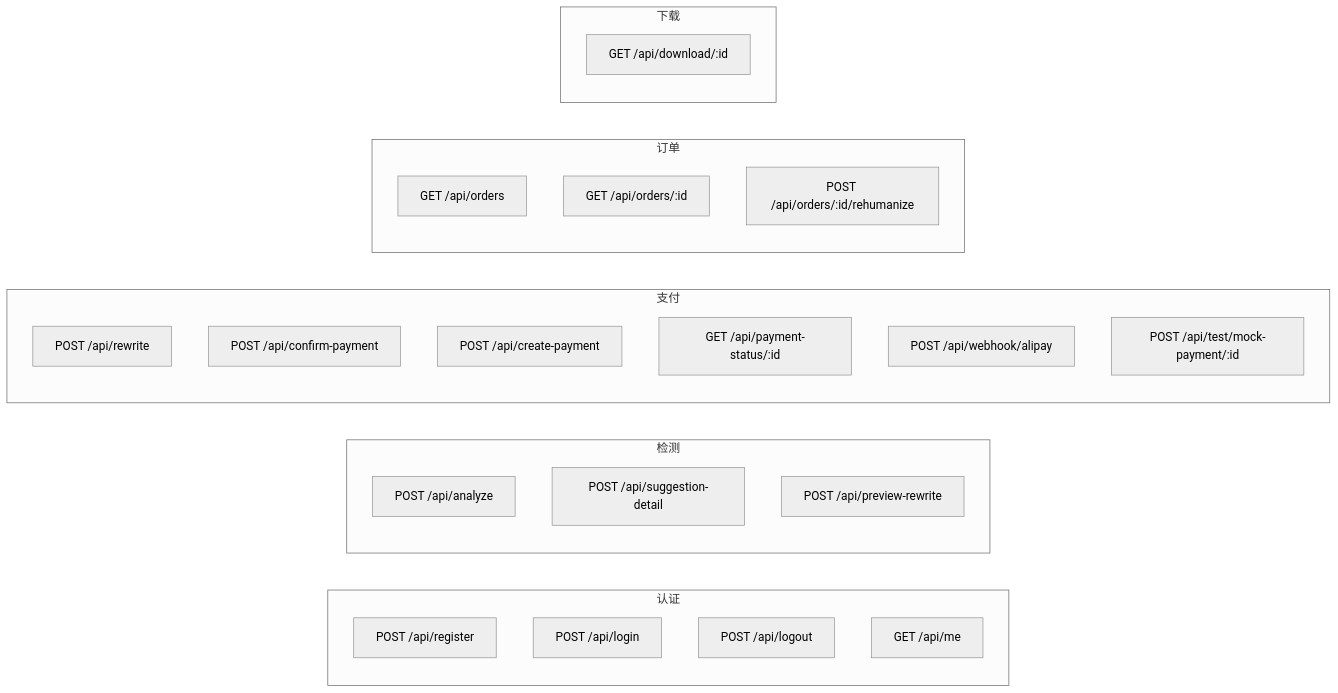
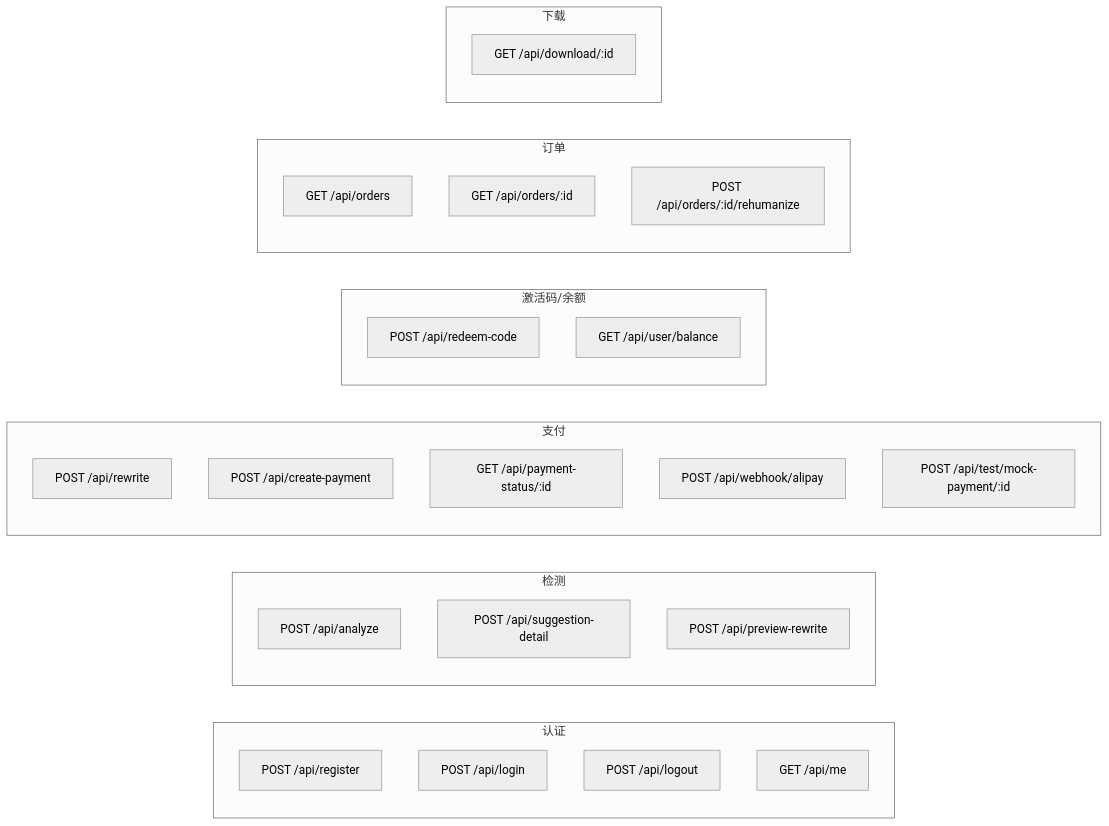
Before and after one commit to ipengai/aigc-humanizer-en: the seventh of 17 diagrams in docs/TECHNICAL_ARCHITECTURE.md, drawn with Mermaid (neutral theme). The commit also changed other lines of this file and 24 other files, not shown here.

````diff
--- a/docs/TECHNICAL_ARCHITECTURE.md
+++ b/docs/TECHNICAL_ARCHITECTURE.md
@@ -377,34 +399,38 @@
 ```mermaid
 flowchart LR
     subgraph Auth["认证"]
         A1[POST /api/register]
         A2[POST /api/login]
         A3[POST /api/logout]
         A4[GET /api/me]
     end
 
     subgraph Analysis["检测"]
         B1[POST /api/analyze]
         B2[POST /api/suggestion-detail]
         B3[POST /api/preview-rewrite]
     end
 
     subgraph Payment["支付"]
         C1[POST /api/rewrite]
-        C2[POST /api/confirm-payment]
         C3[POST /api/create-payment]
         C4[GET /api/payment-status/:id]
         C5[POST /api/webhook/alipay]
         C6[POST /api/test/mock-payment/:id]
+    end
+
+    subgraph Activation["激活码/余额"]
+        X1[POST /api/redeem-code]
+        X2[GET /api/user/balance]
     end
 
     subgraph Order["订单"]
         D1[GET /api/orders]
         D2[GET /api/orders/:id]
         D3[POST /api/orders/:id/rehumanize]
     end
 
     subgraph Download["下载"]
         E1[GET /api/download/:id]
     end
 ```
````
